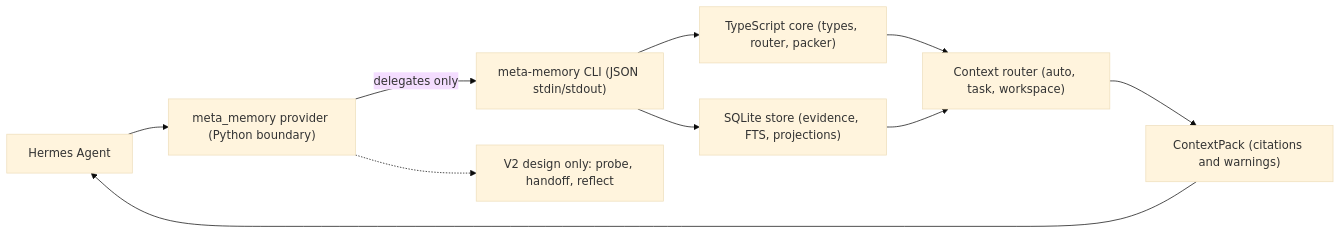
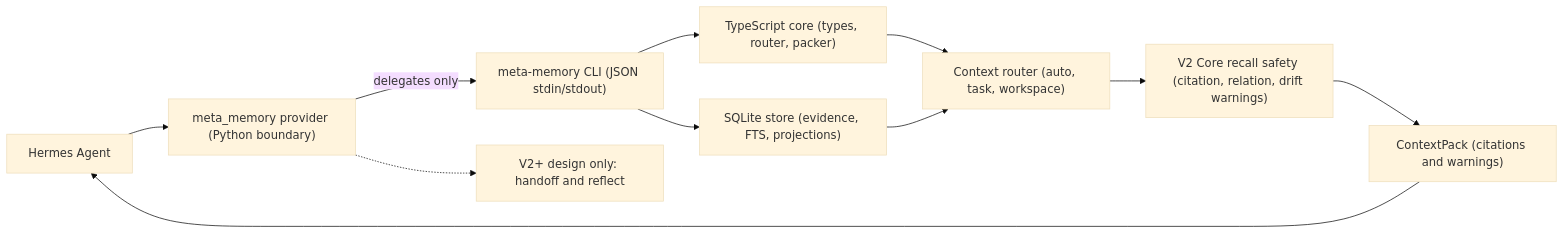
One commit to optiflow/agent-memory-os changed the diagram in apps/docs/src/content/docs/architecture/architecture.md. Above: the diagram before and after it, drawn with Mermaid (base theme). The commit also changed other lines of this file and 30 other files, not shown here.

Commit message:
Implement V2 core recall safety

````diff
--- a/apps/docs/src/content/docs/architecture/architecture.md
+++ b/apps/docs/src/content/docs/architecture/architecture.md
@@ -25,12 +25,13 @@
 ```mermaid
 flowchart LR
   Hermes["Hermes Agent"] --> Plugin["meta_memory provider (Python boundary)"]
   Plugin -- "delegates only" --> CLI["meta-memory CLI (JSON stdin/stdout)"]
   CLI --> Core["TypeScript core (types, router, packer)"]
   CLI --> Store["SQLite store (evidence, FTS, projections)"]
   Core --> Router["Context router (auto, task, workspace)"]
   Store --> Router
-  Router --> Pack["ContextPack (citations and warnings)"]
+  Router --> Safety["V2 Core recall safety (citation, relation, drift warnings)"]
+  Safety --> Pack["ContextPack (citations and warnings)"]
   Pack --> Hermes
-  Plugin -.-> Future["V2 design only: probe, handoff, reflect"]
+  Plugin -.-> Future["V2+ design only: handoff and reflect"]
 ```
````
